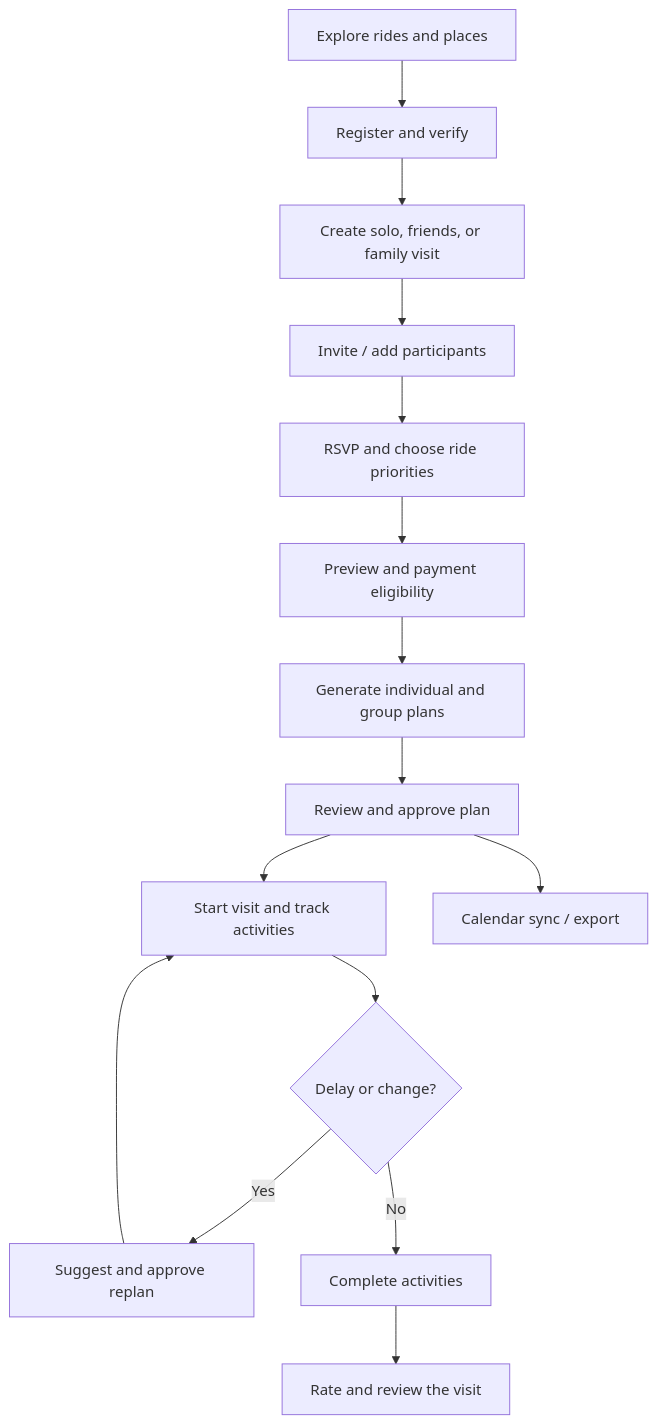
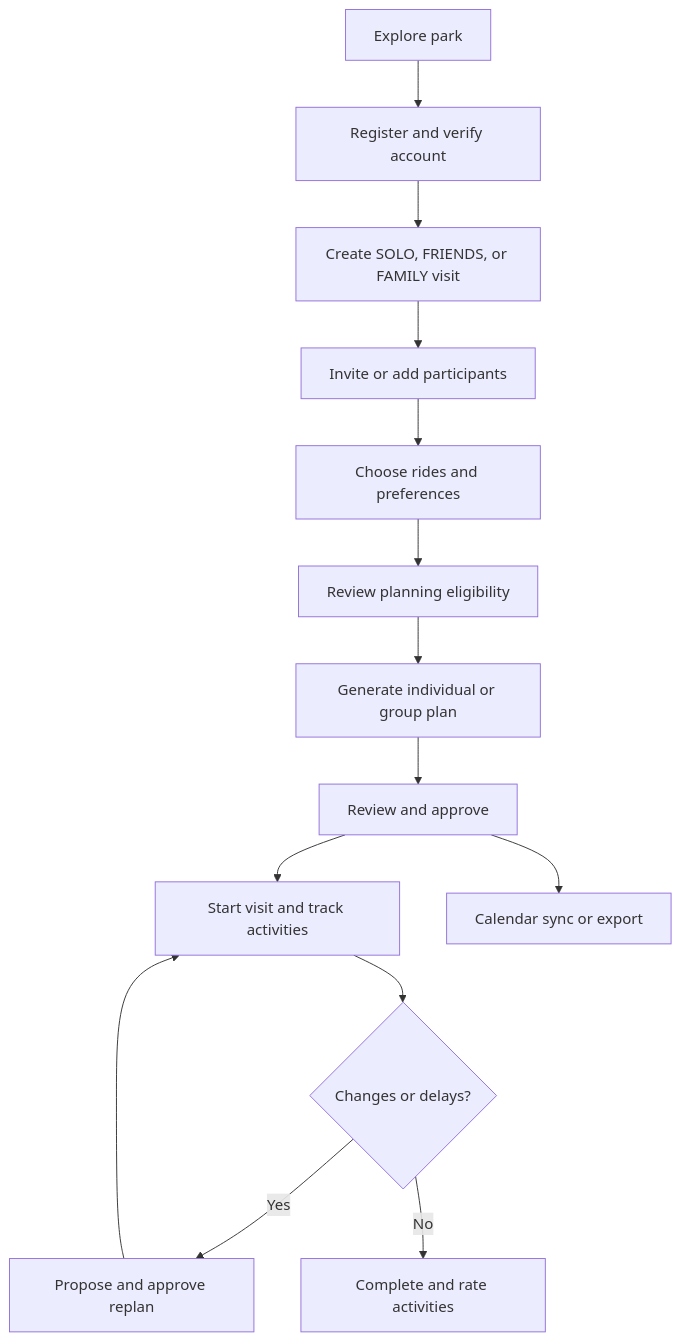
Before and after one commit to Abdulaziz-Shafae/SIKKA: the first of 2 diagrams in README.md, drawn with Mermaid. The commit also changed other lines of this file, not shown here.

````diff
--- a/README.md
+++ b/README.md
@@ -100,17 +68,16 @@
 ```mermaid
 flowchart TD
-    A[Explore rides and places] --> B[Register and verify]
-    B --> C[Create solo, friends, or family visit]
-    C --> D[Invite / add participants]
-    D --> E[RSVP and choose ride priorities]
-    E --> F[Preview and payment eligibility]
-    F --> G[Generate individual and group plans]
-    G --> H[Review and approve plan]
+    A[Explore park] --> B[Register and verify account]
+    B --> C[Create SOLO, FRIENDS, or FAMILY visit]
+    C --> D[Invite or add participants]
+    D --> E[Choose rides and preferences]
+    E --> F[Review planning eligibility]
+    F --> G[Generate individual or group plan]
+    G --> H[Review and approve]
     H --> I[Start visit and track activities]
-    I --> J{Delay or change?}
-    J -->|Yes| K[Suggest and approve replan]
+    I --> J{Changes or delays?}
+    J -->|Yes| K[Propose and approve replan]
     K --> I
-    J -->|No| L[Complete activities]
-    L --> M[Rate and review the visit]
-    H --> N[Calendar sync / export]
+    J -->|No| L[Complete and rate activities]
+    H --> M[Calendar sync or export]
 ```
````
